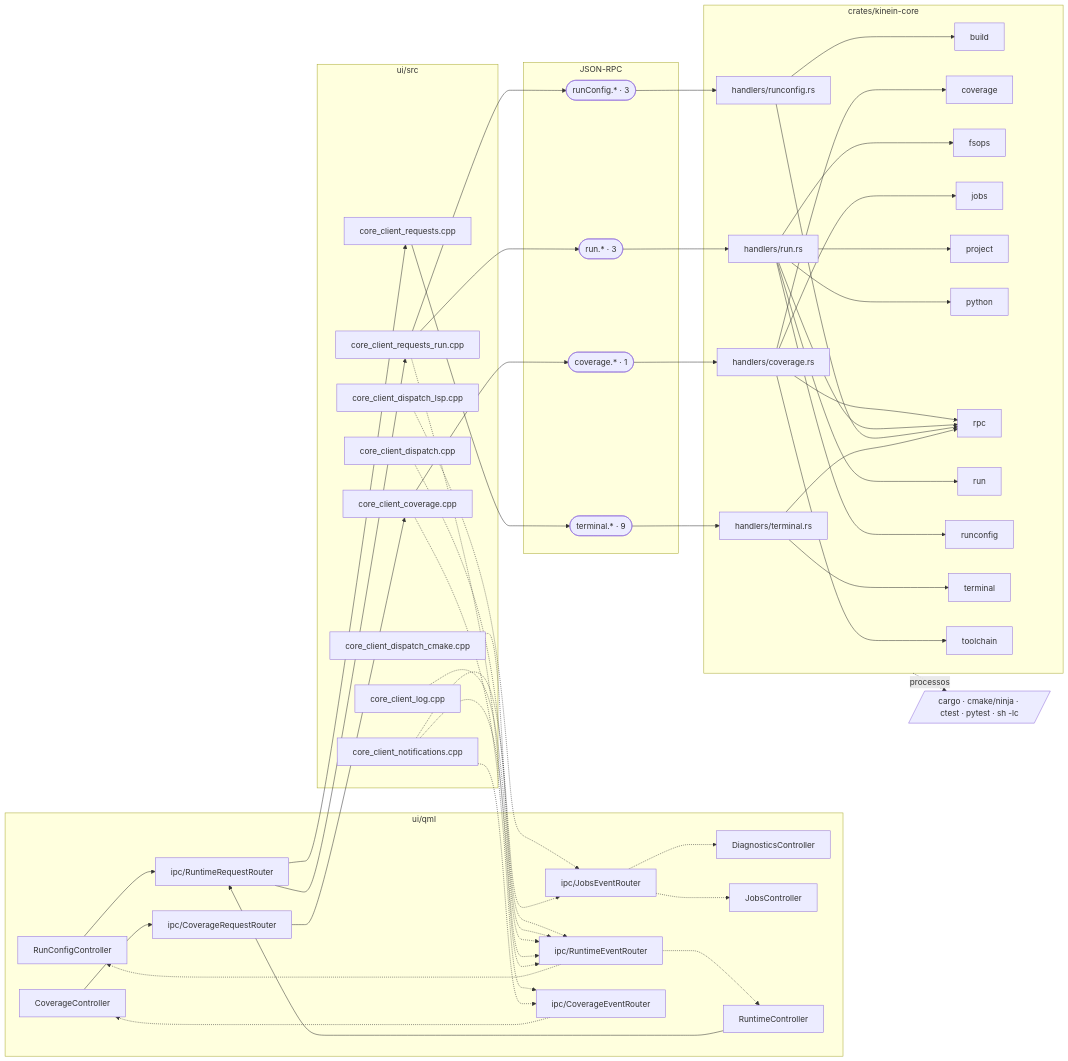
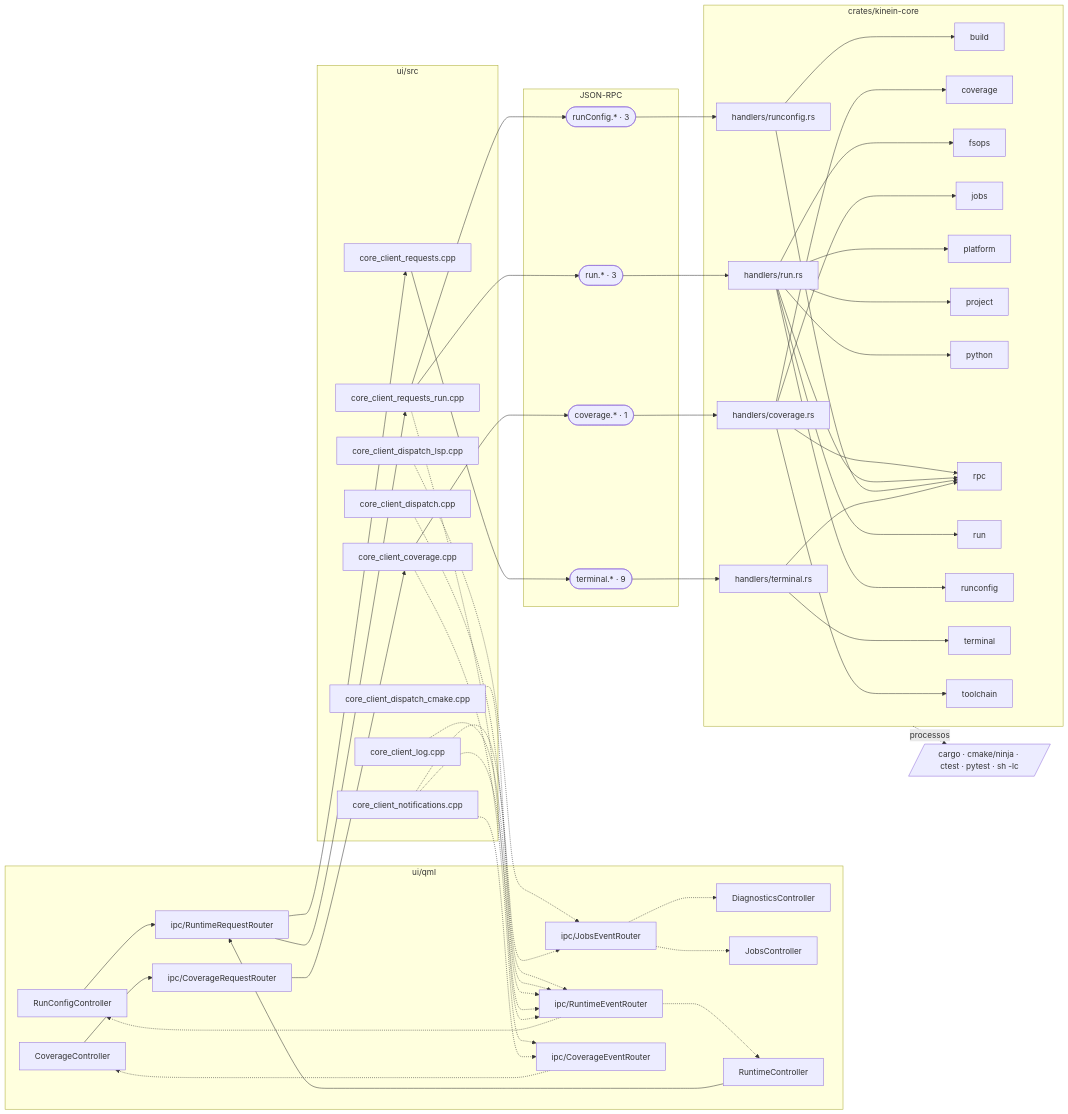
One commit to ViktorWalde/KineinVectis changed the eighth of 16 diagrams in DocsPublic/arquitetura/01-mapa-de-modulos.md. Above: the diagram before and after it, drawn with Mermaid. The commit also changed other lines of this file and 88 other files, not shown here.

```diff
--- a/DocsPublic/arquitetura/01-mapa-de-modulos.md
+++ b/DocsPublic/arquitetura/01-mapa-de-modulos.md
@@ -730,6 +734,7 @@
     n_core_coverage[coverage]
     n_core_fsops[fsops]
     n_core_jobs[jobs]
+    n_core_platform[platform]
     n_core_project[project]
     n_core_python[python]
     n_core_rpc[rpc]
@@ -770,6 +775,7 @@
   n_crates_kinein_core_src_handlers_coverage_rs --> n_core_toolchain
   n_ipc_run --> n_crates_kinein_core_src_handlers_run_rs
   n_crates_kinein_core_src_handlers_run_rs --> n_core_fsops
+  n_crates_kinein_core_src_handlers_run_rs --> n_core_platform
   n_crates_kinein_core_src_handlers_run_rs --> n_core_project
   n_crates_kinein_core_src_handlers_run_rs --> n_core_python
   n_crates_kinein_core_src_handlers_run_rs --> n_core_rpc
```
